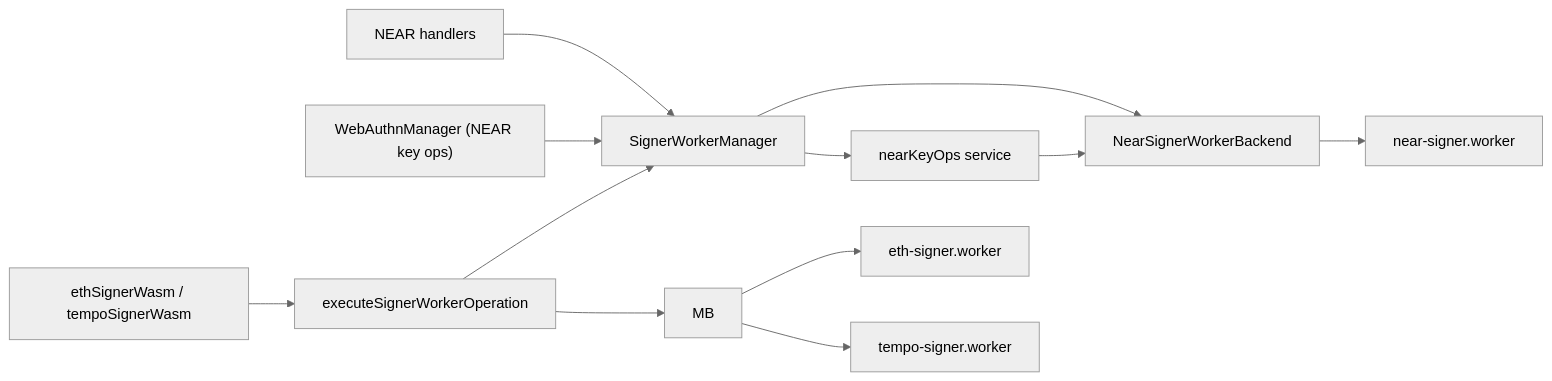
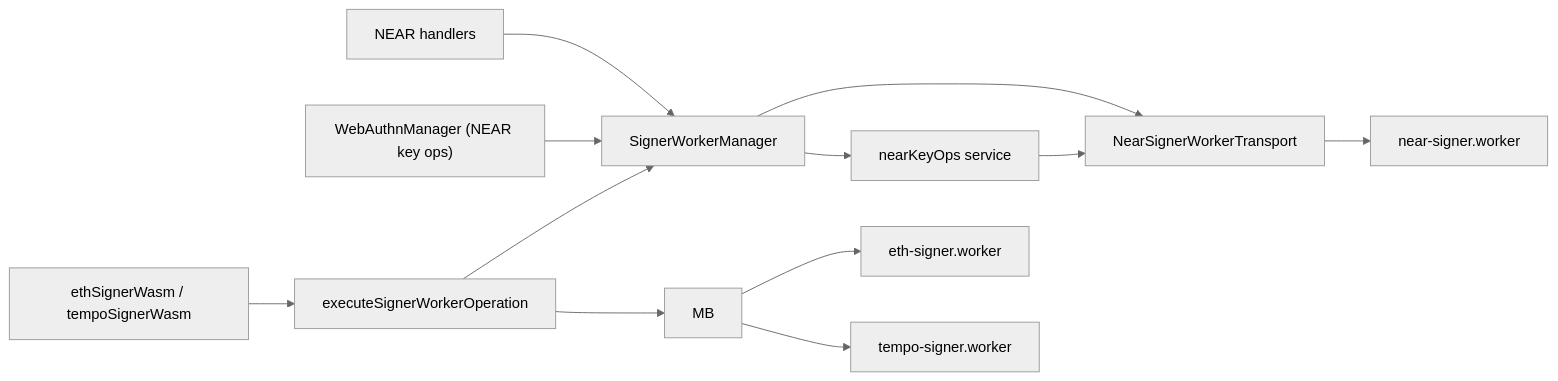
The third of 3 diagrams in client/src/core/signing/README.md (peitalin/simple-threshold-signer), drawn with Mermaid (neutral theme) before and after one commit. The commit also changed other lines of this file and 8 other files, not shown here.

Commit message:
rename signer worker backends to transports and fix viem shim exports

````diff
--- a/client/src/core/signing/README.md
+++ b/client/src/core/signing/README.md
@@ -56,15 +56,15 @@
 ```mermaid
 flowchart LR
   NH["NEAR handlers"] --> SWM["SignerWorkerManager"]
   WM["WebAuthnManager (NEAR key ops)"] --> SWM
-  SWM --> NB["NearSignerWorkerBackend"]
+  SWM --> NB["NearSignerWorkerTransport"]
   SWM --> NKO["nearKeyOps service"]
   NB --> NSW["near-signer.worker"]
   NKO --> NB
 
   WASM["ethSignerWasm / tempoSignerWasm"] --> EX["executeSignerWorkerOperation"]
   EX --> SWM
   EX --> MB
   MB --> EWK["eth-signer.worker"]
   MB --> TWK["tempo-signer.worker"]
 ```
````
